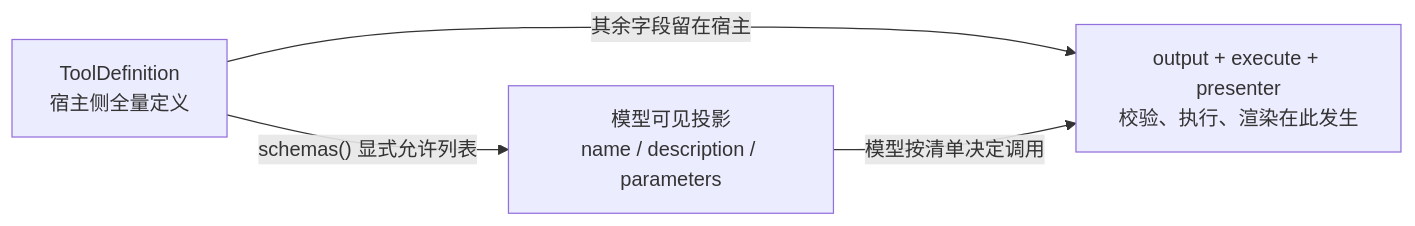
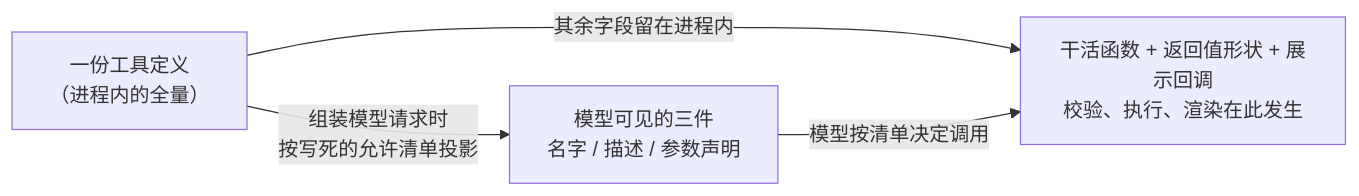
Before and after one commit to anthonyzhao-4926/blog: the first of 3 diagrams in dsh 插件开发学习/11-为模型注册自定义工具.md, drawn with Mermaid. The commit also changed other lines of this file and 38 other files, not shown here.

````diff
--- a/dsh 插件开发学习/11-为模型注册自定义工具.md
+++ b/dsh 插件开发学习/11-为模型注册自定义工具.md
@@ -37,6 +37,6 @@
 ```mermaid
 flowchart LR
-    D["ToolDefinition<br/>宿主侧全量定义"] -->|"schemas() 显式允许列表"| M["模型可见投影<br/>name / description / parameters"]
-    D -->|"其余字段留在宿主"| H["output + execute + presenter<br/>校验、执行、渲染在此发生"]
+    D["一份工具定义<br/>（进程内的全量）"] -->|"组装模型请求时<br/>按写死的允许清单投影"| M["模型可见的三件<br/>名字 / 描述 / 参数声明"]
+    D -->|"其余字段留在进程内"| H["干活函数 + 返回值形状 + 展示回调<br/>校验、执行、渲染在此发生"]
     M -->|"模型按清单决定调用"| H
 ```
````
